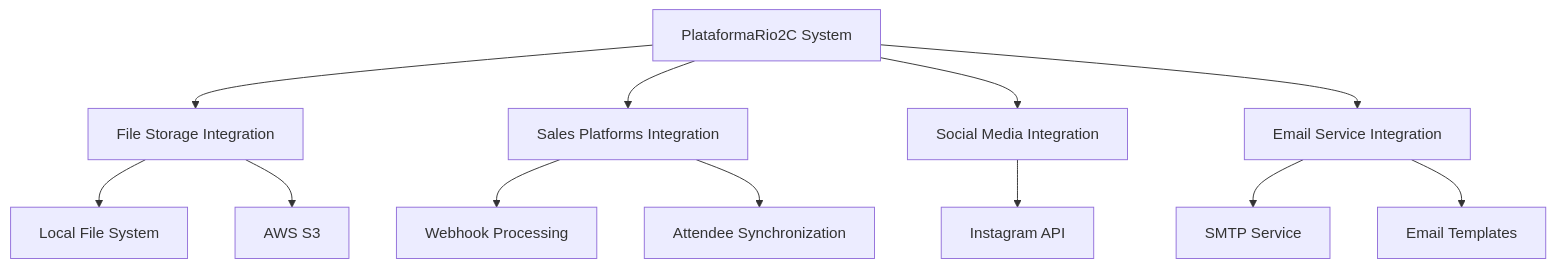
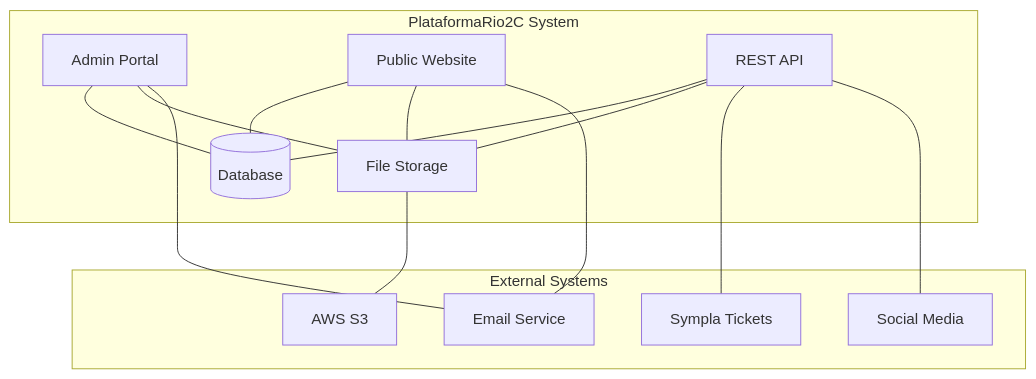
Before and after one commit to guscavalcante-dev/rio2c-private-sdlc: the eighth of 8 diagrams in documentation/project-structure.md, drawn with Mermaid. The commit also changed other lines of this file and 1 other file, not shown here.

````diff
--- a/documentation/project-structure.md
+++ b/documentation/project-structure.md
@@ -396,18 +691,30 @@
 ```mermaid
-graph TD
-    System[PlataformaRio2C System] --> FileStorage[File Storage Integration]
-    System --> SalesPlatforms[Sales Platforms Integration]
-    System --> SocialMedia[Social Media Integration]
-    System --> Email[Email Service Integration]
+graph TB
+    subgraph "PlataformaRio2C System"
+        Admin[Admin Portal]
+        Site[Public Website]
+        API[REST API]
+        DB[(Database)]
+        Files[File Storage]
+    end
     
-    FileStorage --> LocalFS[Local File System]
-    FileStorage --> AWS[AWS S3]
+    subgraph "External Systems"
+        SympTix[Sympla Tickets]
+        AWS[AWS S3]
+        SMTP[Email Service]
+        SM[Social Media]
+    end
     
-    SalesPlatforms --> WebhookProcessing[Webhook Processing]
-    SalesPlatforms --> AttendeeSynchronization[Attendee Synchronization]
+    Admin --- DB
+    Site --- DB
+    API --- DB
+    Admin --- Files
+    Site --- Files
+    API --- Files
     
-    SocialMedia --> Instagram[Instagram API]
-    
-    Email --> SMTP[SMTP Service]
-    Email --> Templates[Email Templates]
+    Files --- AWS
+    API --- SympTix
+    Admin --- SMTP
+    Site --- SMTP
+    API --- SM
 ```
````
